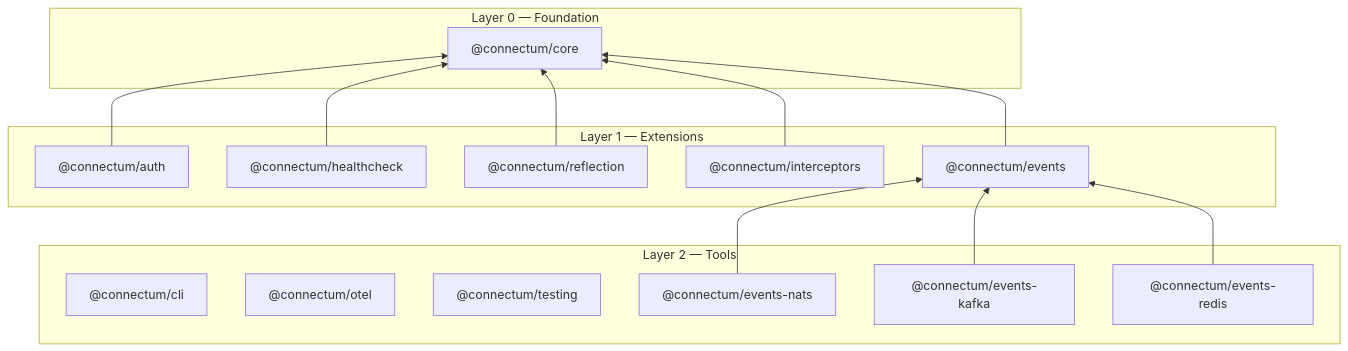
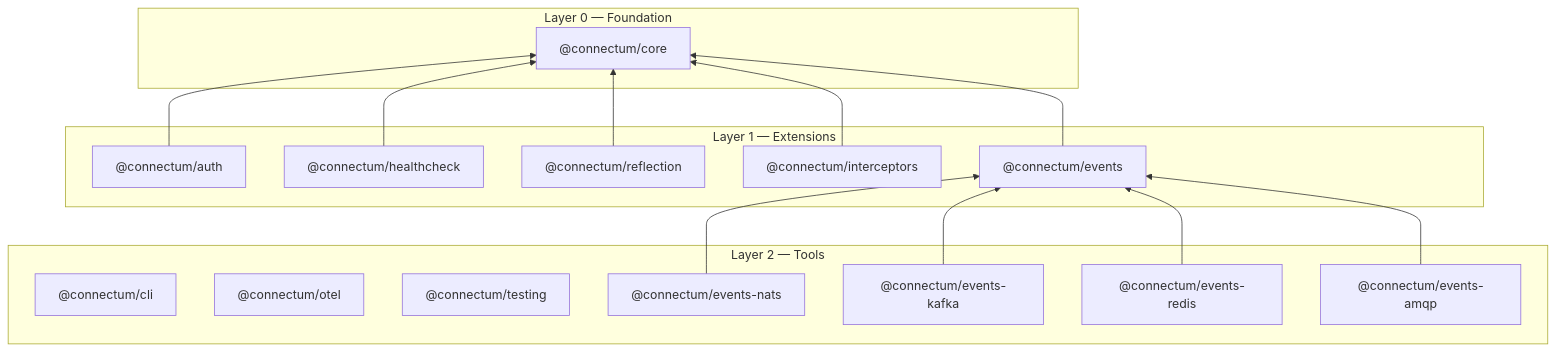
The diagram in en/guide/about.md (Connectum-Framework/docs), drawn with Mermaid before and after one commit. The commit also changed other lines of this file and 12 other files, not shown here.

First line of the commit message:
docs: add @connectum/events-amqp documentation and update drift (#19)

````diff
--- a/en/guide/about.md
+++ b/en/guide/about.md
@@ -63,32 +63,34 @@
 ```mermaid
 graph BT
   subgraph L0["Layer 0 — Foundation"]
     CORE["@connectum/core"]
   end
 
   subgraph L1["Layer 1 — Extensions"]
     AUTH["@connectum/auth"]
     HC["@connectum/healthcheck"]
     REF["@connectum/reflection"]
     INT["@connectum/interceptors"]
     EVT["@connectum/events"]
   end
 
   subgraph L2["Layer 2 — Tools"]
     CLI["@connectum/cli"]
     OTEL["@connectum/otel"]
     TEST["@connectum/testing"]
     ENATS["@connectum/events-nats"]
     EKAFKA["@connectum/events-kafka"]
     EREDIS["@connectum/events-redis"]
+    EAMQP["@connectum/events-amqp"]
   end
 
   AUTH --> CORE
   HC --> CORE
   REF --> CORE
   INT --> CORE
   EVT --> CORE
   ENATS --> EVT
   EKAFKA --> EVT
   EREDIS --> EVT
+  EAMQP --> EVT
 ```
````
